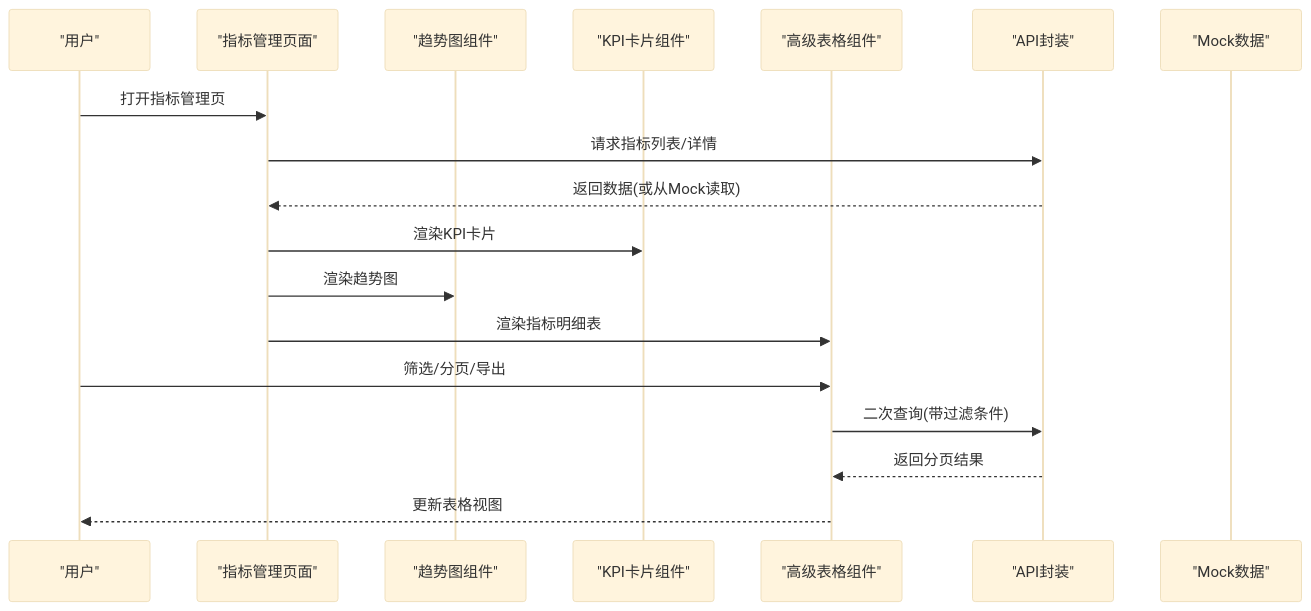
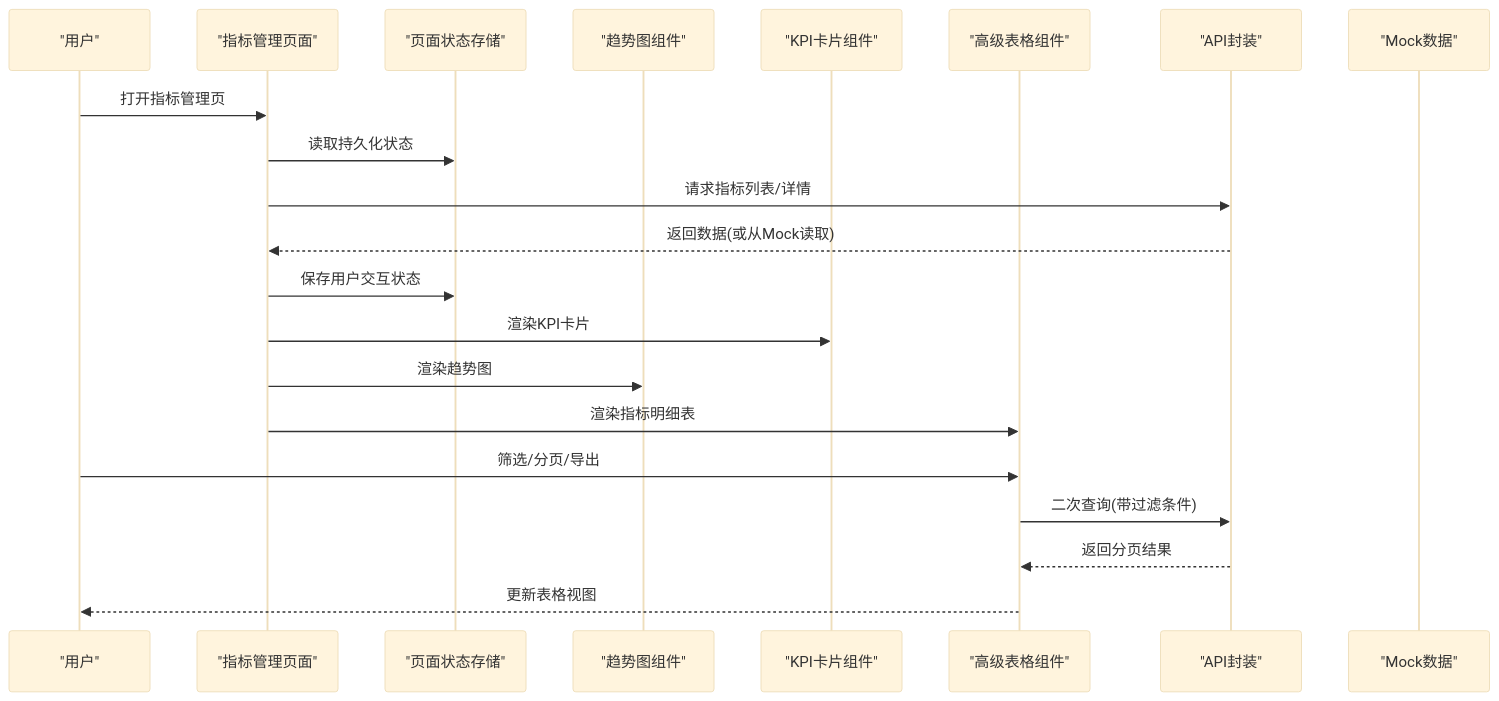
One commit to Damao997/newproject changed the second of 3 diagrams in .qoder/repowiki/zh/content/页面组件/指标管理页面.md. Above: the diagram before and after it, drawn with Mermaid (base theme). The commit also changed other lines of this file and 22 other files, not shown here.

````diff
--- a/.qoder/repowiki/zh/content/页面组件/指标管理页面.md
+++ b/.qoder/repowiki/zh/content/页面组件/指标管理页面.md
@@ -109,20 +123,23 @@
 ```mermaid
 sequenceDiagram
 participant U as "用户"
 participant P as "指标管理页面"
+participant S as "页面状态存储"
 participant T as "趋势图组件"
-participant S as "KPI卡片组件"
+participant K as "KPI卡片组件"
 participant L as "高级表格组件"
 participant API as "API封装"
 participant M as "Mock数据"
 U->>P : 打开指标管理页
+P->>S : 读取持久化状态
 P->>API : 请求指标列表/详情
 API-->>P : 返回数据(或从Mock读取)
-P->>S : 渲染KPI卡片
+P->>S : 保存用户交互状态
+P->>K : 渲染KPI卡片
 P->>T : 渲染趋势图
 P->>L : 渲染指标明细表
 U->>L : 筛选/分页/导出
 L->>API : 二次查询(带过滤条件)
 API-->>L : 返回分页结果
 L-->>U : 更新表格视图
 ```
````
